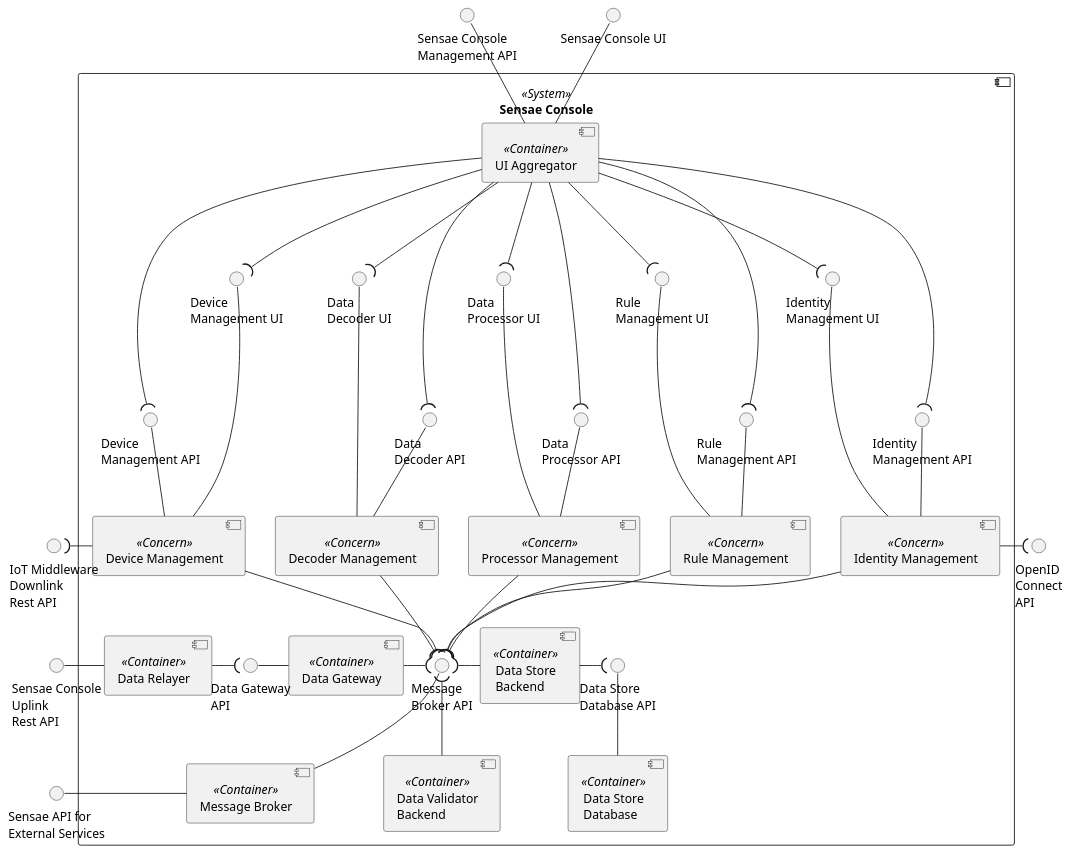
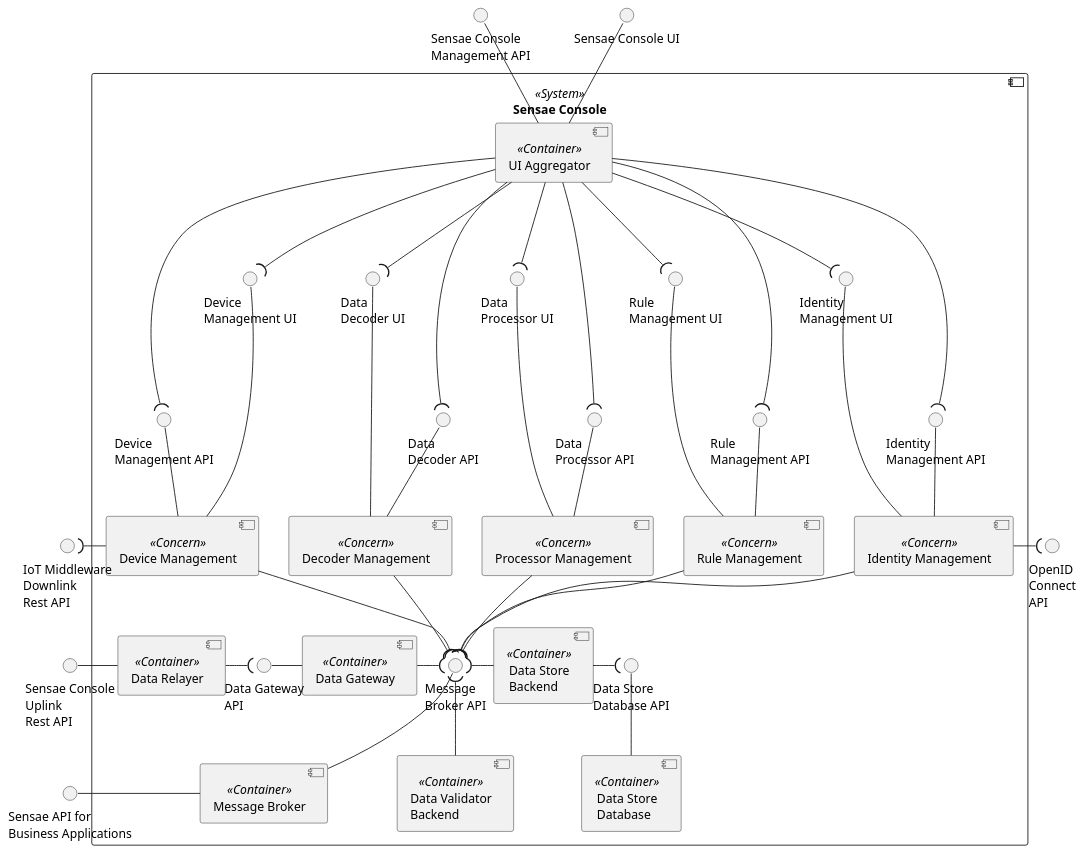
Before and after one commit to FilipeMCruz/dissertation: the diagram in assets/diagrams/design/architectural/level2/logical/contexts-v2.pu, drawn with PlantUML. The commit also changed 49 other files, not shown here.

Commit message:
changed external services to business applications

```diff
--- a/assets/diagrams/design/architectural/level2/logical/contexts-v2.pu
+++ b/assets/diagrams/design/architectural/level2/logical/contexts-v2.pu
@@ -1,122 +1,122 @@
 @startuml contexts-v2
 
 interface "Sensae Console\nUplink\nRest API" as RELAY_API
 interface "OpenID\nConnect\nAPI" as OUT_ENDPOINT
 
 component "Sensae Console" <<System>> {
 
     component "UI Aggregator" <<Container>> as UI
 
     component "Device Management" <<Concern>> as ID_MAN
     component "Rule Management" <<Concern>> as RULE_MAN
     component "Decoder Management" <<Concern>> as DECO_MAN
     component "Processor Management" <<Concern>> as PROC_MAN
     component "Identity Management" <<Concern>> as DEVI_MAN
 
     component "Message Broker" <<Container>> as MB
 
     interface "Message\nBroker API" as MB_API
 
     component "Data Gateway" <<Container>> as GATE
 
     interface "Data Gateway\nAPI" as GATE_API
 
     component "Data Relayer" <<Container>> as RELAY
 
     component "Data Validator\nBackend" <<Container>> as VALI
     component "Data Store\nBackend" <<Container>> as STORE
     component "Data Store\nDatabase" <<Container>> as STORE_DB
 
     interface "Data Store\nDatabase API" as STORE_DB_API
 
     STORE_DB_API -- STORE_DB
     STORE -( STORE_DB_API
     GATE_API - GATE
     RELAY -( GATE_API
 
     ID_MAN -[hidden]- RELAY
 
     interface "Device\nManagement API" as ID_MAN_API
     interface "Device\nManagement UI" as ID_MAN_UI
 
     ID_MAN_API -- ID_MAN
     ID_MAN_UI --- ID_MAN
 
     interface "Rule\nManagement API" as RULE_MAN_API
     interface "Rule\nManagement UI" as RULE_MAN_UI
 
     RULE_MAN_API -- RULE_MAN
     RULE_MAN_UI --- RULE_MAN
 
     interface "Identity\nManagement API" as DEVI_MAN_API
     interface "Identity\nManagement UI" as DEVI_MAN_UI
 
     DEVI_MAN_API -- DEVI_MAN
     DEVI_MAN_UI --- DEVI_MAN
 
     interface "Data\nDecoder API" as DECO_MAN_API
     interface "Data\nDecoder UI" as DECO_MAN_UI
 
     DECO_MAN_API -- DECO_MAN
     DECO_MAN_UI --- DECO_MAN
 
     interface "Data\nProcessor API" as PROC_MAN_API
     interface "Data\nProcessor UI" as PROC_MAN_UI
 
     PROC_MAN_API -- PROC_MAN
     PROC_MAN_UI --- PROC_MAN
 
     UI --( PROC_MAN_API
     UI --( PROC_MAN_UI
 
     UI --( DECO_MAN_API
     UI --( DECO_MAN_UI
 
     UI --( DEVI_MAN_API
     UI --( DEVI_MAN_UI
 
     UI --( RULE_MAN_API
     UI --( RULE_MAN_UI
 
     UI --( ID_MAN_API
     UI --( ID_MAN_UI
 }
 
-interface "Sensae API for\nExternal Services" as MB_API2
+interface "Sensae API for\nBusiness Applications" as MB_API2
 
 MB_API2 - MB
 
 DEVI_MAN -( OUT_ENDPOINT
 
 interface "IoT Middleware\nDownlink\nRest API" as OPENID
 
 OPENID )- ID_MAN
 
 RELAY_API - RELAY
 
 MB_API )- STORE
 MB_API )-- VALI
 
 ID_MAN -[hidden]- RELAY_API
 OPENID -[hidden]- RELAY_API
 GATE_API -[hidden] MB
 RELAY_API -[hidden] MB_API2
 
 MB_API -- MB
 
 PROC_MAN --( MB_API
 DEVI_MAN --( MB_API
 DECO_MAN --( MB_API
 ID_MAN --( MB_API
 RULE_MAN --( MB_API
 GATE -( MB_API
 
 DEVI_MAN_API -[hidden]- OUT_ENDPOINT
 
 interface "Sensae Console\nManagement API" as API
 interface "Sensae Console UI" as UI_API
 
 API -- UI
 UI_API -- UI
 
 @enduml
```
